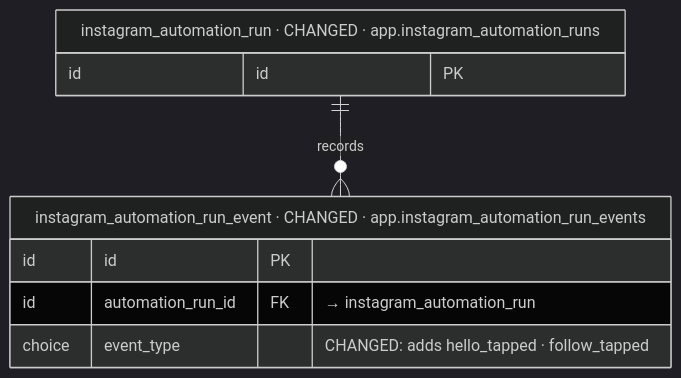
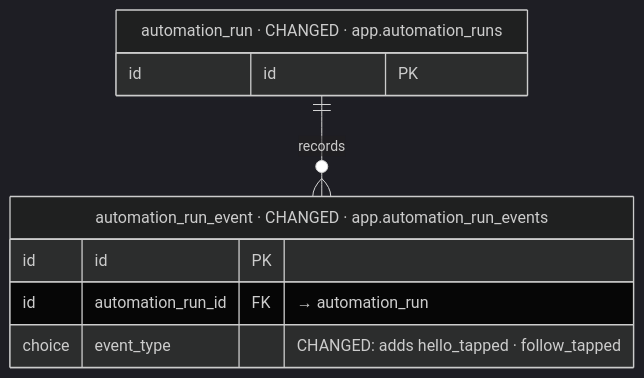
Before and after one commit to albetrios/meepzo-be: diagram 16 of 40 in iterations/feat-instagram-dm-sending-2026-11-23-oxak/plans/db-changes.md, drawn with Mermaid (dark theme). The commit also changed other lines of this file and 2 other files, not shown here.

````diff
--- a/iterations/feat-instagram-dm-sending-2026-11-23-oxak/plans/db-changes.md
+++ b/iterations/feat-instagram-dm-sending-2026-11-23-oxak/plans/db-changes.md
@@ -894,12 +926,12 @@
 ```mermaid
 erDiagram
-  instagram_automation_run_event["instagram_automation_run_event · CHANGED · app.instagram_automation_run_events"] {
+  automation_run_event["automation_run_event · CHANGED · app.automation_run_events"] {
     id id PK
-    id automation_run_id FK "→ instagram_automation_run"
+    id automation_run_id FK "→ automation_run"
     choice event_type "CHANGED: adds hello_tapped · follow_tapped"
   }
-  instagram_automation_run["instagram_automation_run · CHANGED · app.instagram_automation_runs"] {
+  automation_run["automation_run · CHANGED · app.automation_runs"] {
     id id PK
   }
-  instagram_automation_run ||--o{ instagram_automation_run_event : "records"
+  automation_run ||--o{ automation_run_event : "records"
 ```
````
